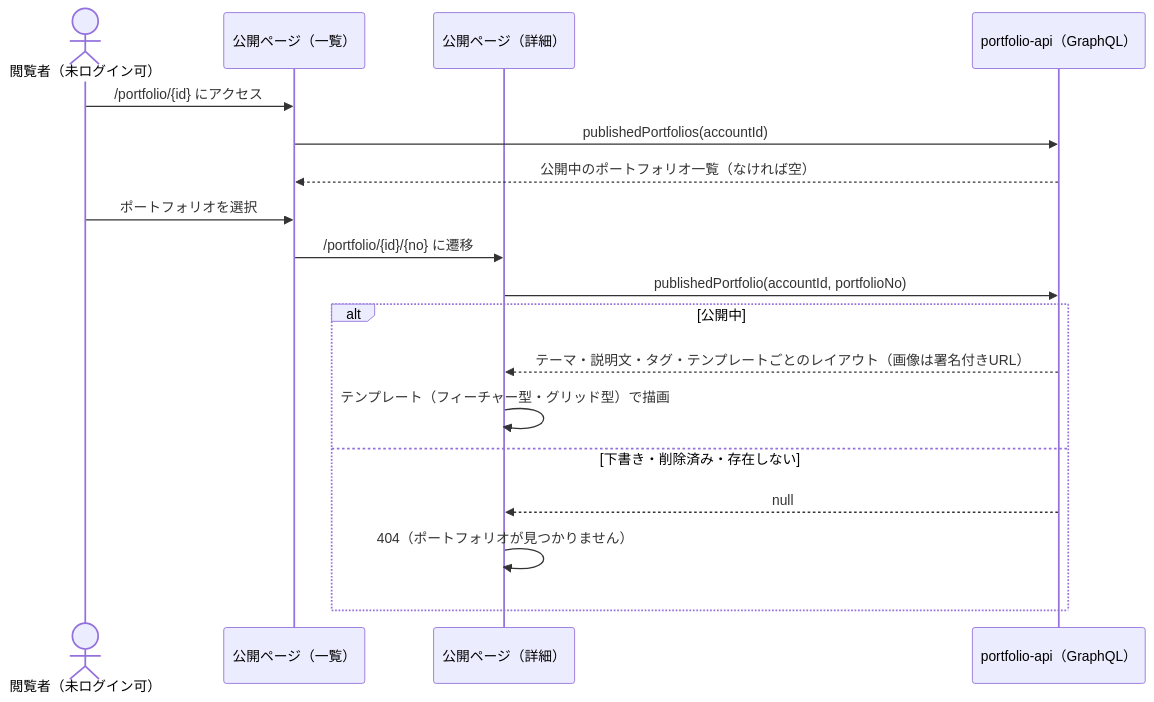
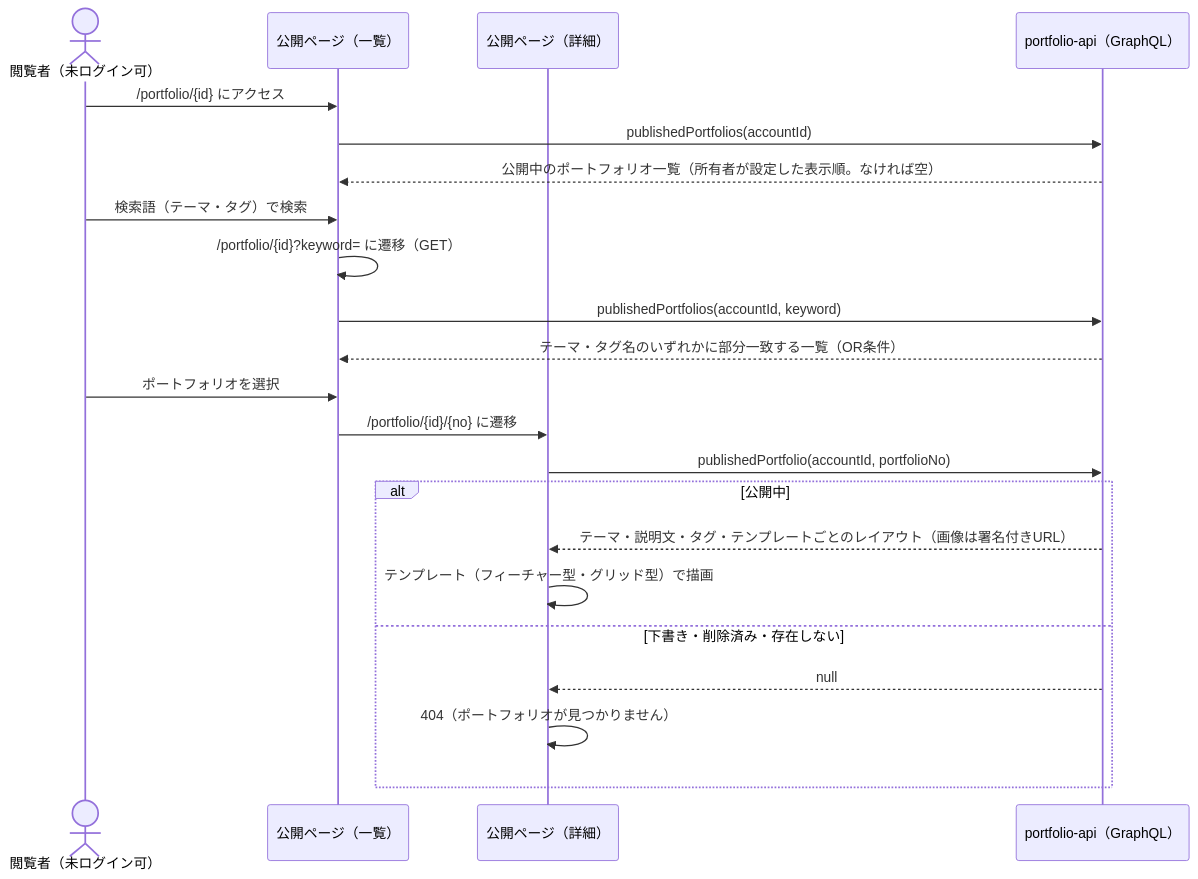
One commit to KentoKodama214/WebGallery changed the sixth of 11 diagrams in doc/view/screen-transition.md. Above: the diagram before and after it, drawn with Mermaid. The commit also changed other lines of this file and 24 other files, not shown here.

First line of the commit message:
feat(portfolio): ポートフォリオ設定の検索欄を1つにまとめ、テーマ・タグのOR条件で絞り込む

````diff
--- a/doc/view/screen-transition.md
+++ b/doc/view/screen-transition.md
@@ -261,21 +264,25 @@
 ```mermaid
 sequenceDiagram
     actor Visitor as 閲覧者（未ログイン可）
     participant List as 公開ページ（一覧）
     participant Detail as 公開ページ（詳細）
     participant GQL as portfolio-api（GraphQL）
 
     Visitor->>List: /portfolio/{id} にアクセス
     List->>GQL: publishedPortfolios(accountId)
-    GQL-->>List: 公開中のポートフォリオ一覧（なければ空）
+    GQL-->>List: 公開中のポートフォリオ一覧（所有者が設定した表示順。なければ空）
+    Visitor->>List: 検索語（テーマ・タグ）で検索
+    List->>List: /portfolio/{id}?keyword= に遷移（GET）
+    List->>GQL: publishedPortfolios(accountId, keyword)
+    GQL-->>List: テーマ・タグ名のいずれかに部分一致する一覧（OR条件）
     Visitor->>List: ポートフォリオを選択
     List->>Detail: /portfolio/{id}/{no} に遷移
     Detail->>GQL: publishedPortfolio(accountId, portfolioNo)
     alt 公開中
         GQL-->>Detail: テーマ・説明文・タグ・テンプレートごとのレイアウト（画像は署名付きURL）
         Detail->>Detail: テンプレート（フィーチャー型・グリッド型）で描画
     else 下書き・削除済み・存在しない
         GQL-->>Detail: null
         Detail->>Detail: 404（ポートフォリオが見つかりません）
     end
 ```
````
